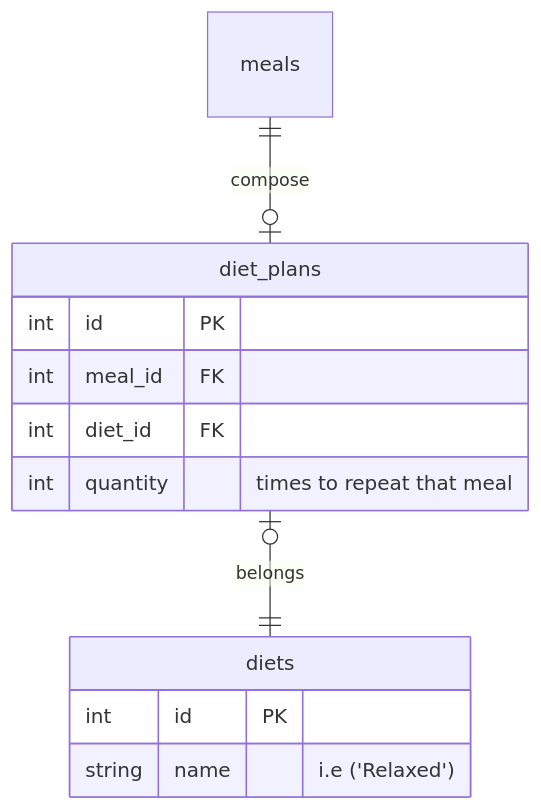
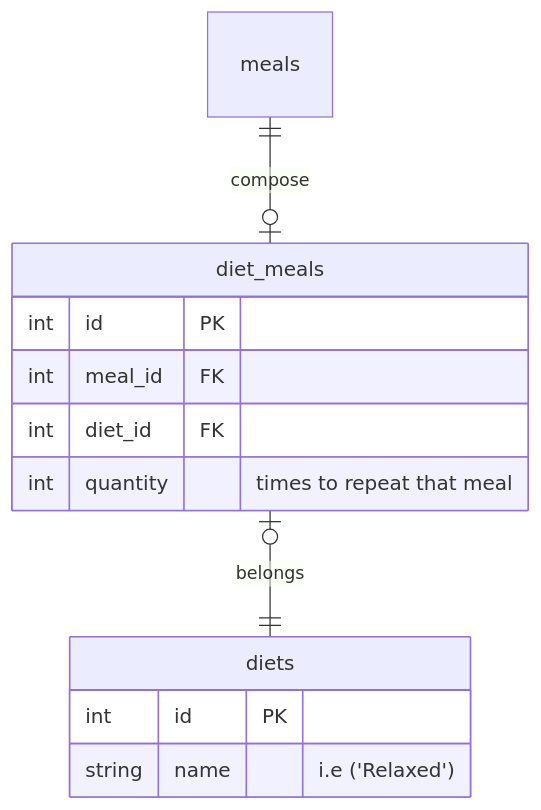
One commit to axelrizo/my_diet changed the third of 3 diagrams in docs/introduction/Introduction.md. Above: the diagram before and after it, drawn with Mermaid. The commit also changed 5 other files, not shown here.

Commit message:
refactor(diets): rename DietPlans to DietMeals and update associations

````diff
--- a/docs/introduction/Introduction.md
+++ b/docs/introduction/Introduction.md
@@ -62,15 +62,15 @@
 ```mermaid
 erDiagram
-  meals ||--o| diet_plans : compose
-  diet_plans |o--|| diets : belongs
-  diet_plans{
+  meals ||--o| diet_meals : compose
+  diet_meals |o--|| diets : belongs
+  diet_meals{
     int id PK
     int meal_id FK
     int diet_id FK
     int quantity "times to repeat that meal"
   }
   diets{
     int id PK
     string name "i.e ('Relaxed')"
   }
 ```
````
